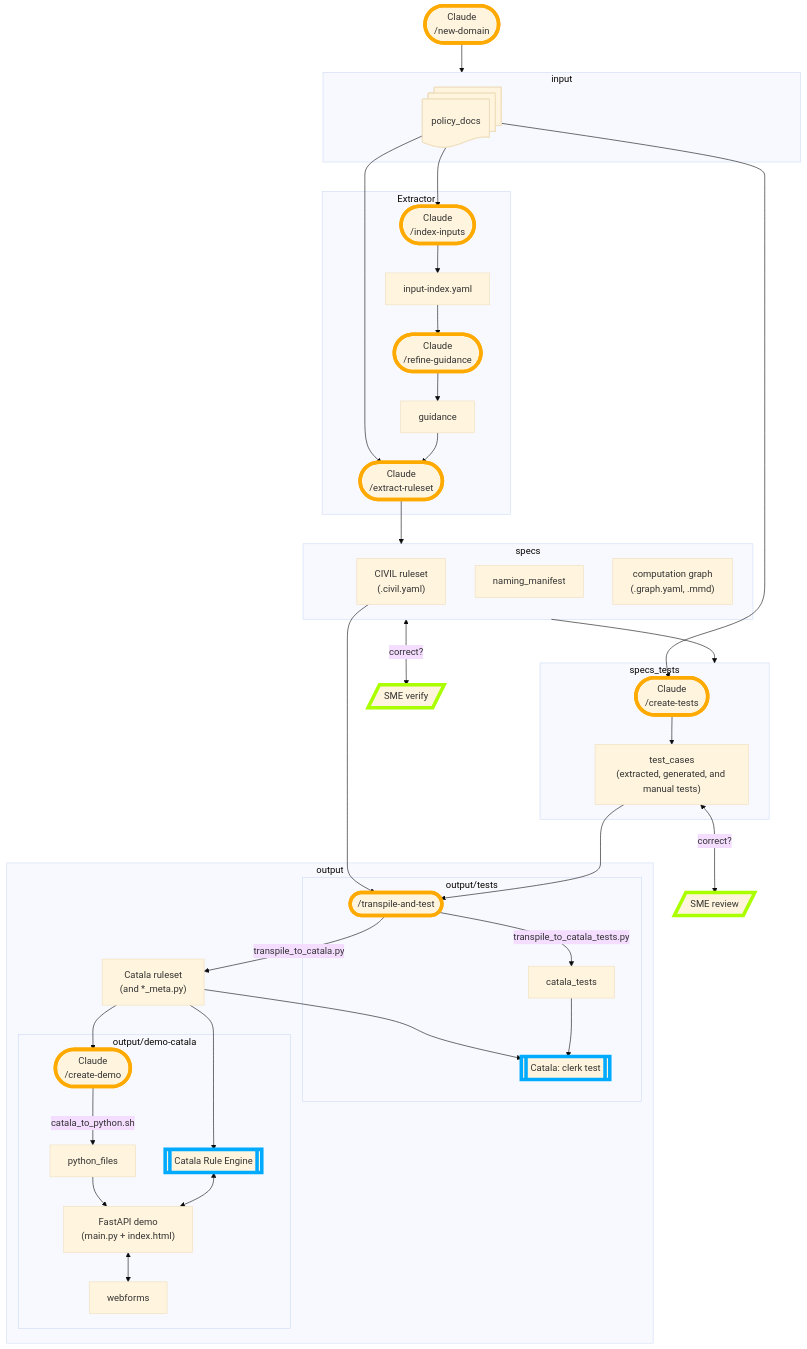
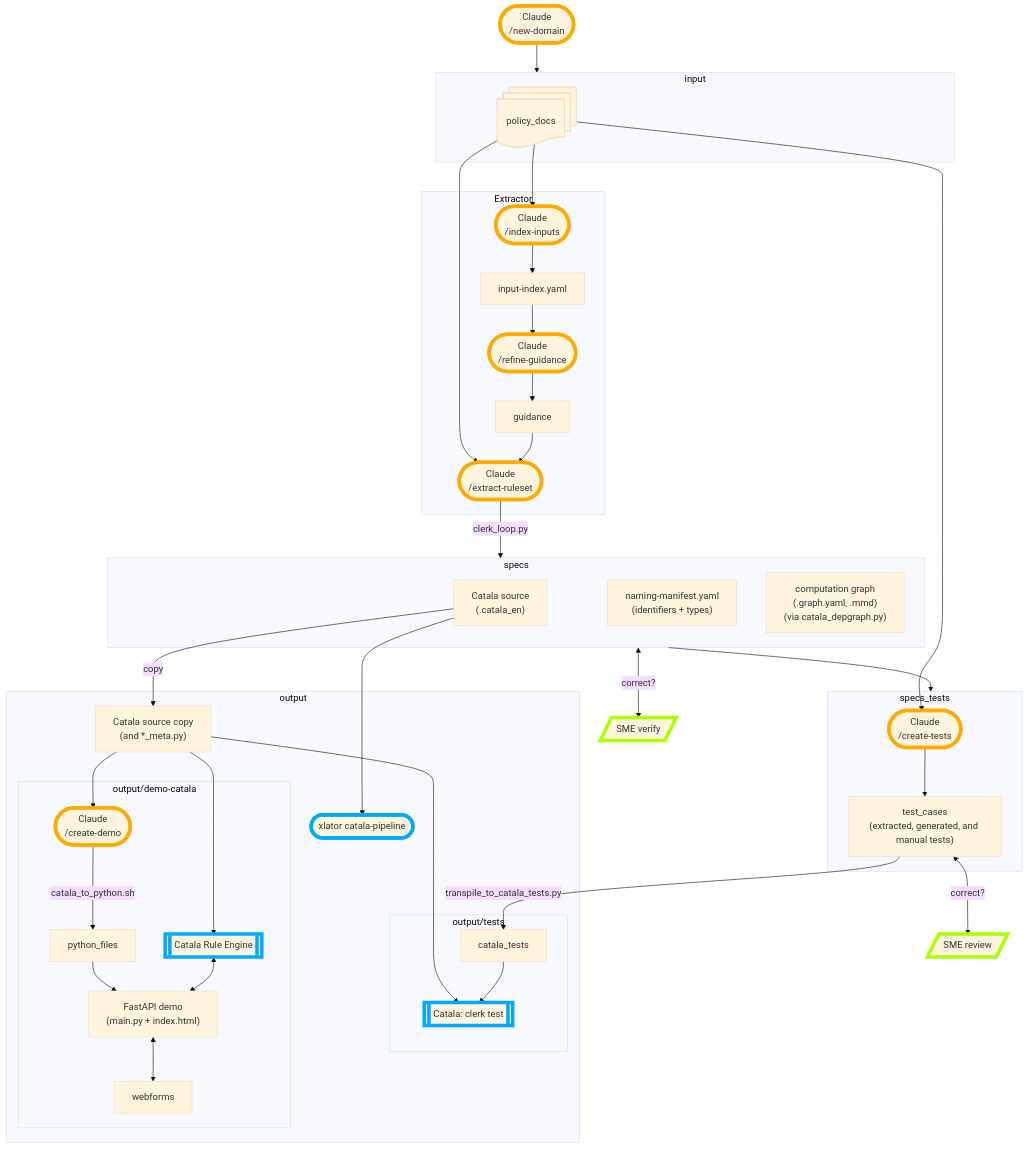
One commit to navapbc/lockpicks-xlator-plugin changed the second of 2 diagrams in README.md. Above: the diagram before and after it, drawn with Mermaid (base theme). The commit also changed other lines of this file and 2 other files, not shown here.

````diff
--- a/README.md
+++ b/README.md
@@ -220,64 +218,64 @@
 ```mermaid
 flowchart TD
 
 claude_domain(["Claude\n/new-domain"]):::claudeShape
 claude_domain --> input
 subgraph input
     policy_docs@{shape: docs}
 end
 
 policy_docs --> claude_index & claude_extract & claude_tests
 subgraph Extractor
     claude_index(["Claude\n/index-inputs"]):::claudeShape
     claude_guidance(["Claude\n/refine-guidance"]):::claudeShape
     claude_extract(["Claude\n/extract-ruleset"]):::claudeShape
     claude_index --> index[input-index.yaml] --> claude_guidance
     claude_guidance --> ai_guidance[guidance]
     ai_guidance --> claude_extract
 end
 
-claude_extract --> specs
+claude_extract --clerk_loop.py--> specs
 
 subgraph specs
-    civil_ruleset["CIVIL ruleset\n(.civil.yaml)"]
-    naming_manifest
-    computation_graph["computation graph\n(.graph.yaml, .mmd)"]
+    catala_source["Catala source\n(.catala_en)"]
+    naming_manifest["naming-manifest.yaml\n(identifiers + types)"]
+    computation_graph["computation graph\n(.graph.yaml, .mmd)\n(via catala_depgraph.py)"]
 end
 specs <--correct?--> sme_verify[/SME verify/]:::smeShape
 
 specs --> specs_tests
 subgraph specs_tests
     claude_tests(["Claude\n/create-tests"]):::claudeShape
     claude_tests --> test_cases["test_cases\n(extracted, generated, and manual tests)"]
 end
 test_cases <--correct?--> sme_review[/SME review/]:::smeShape
 
-civil_ruleset ---> claude_transpile_and_test
+catala_source ---> catala_pipeline
 
 subgraph output["output"]
-    catala_ruleset["Catala ruleset\n(and *_meta.py)"]
-    claude_transpile_and_test(["/transpile-and-test"]):::claudeShape
-    claude_transpile_and_test --transpile_to_catala.py--> catala_ruleset
-    catala_ruleset --> clerk_test
+    catala_copy["Catala source copy\n(and *_meta.py)"]
+    catala_pipeline(["xlator catala-pipeline"]):::toolShape
+    catala_source --copy--> catala_copy
+    catala_copy --> clerk_test
 
     subgraph catala_testing["output/tests"]
-        test_cases --> claude_transpile_and_test --transpile_to_catala_tests.py--> catala_tests
+        test_cases --transpile_to_catala_tests.py--> catala_tests
         catala_tests --> clerk_test[["Catala: clerk test"]]:::toolShape
     end
 
-    catala_ruleset --> catala_engine[["Catala Rule Engine"]]:::toolShape
-    catala_ruleset --> claude_create_demo
+    catala_copy --> catala_engine[["Catala Rule Engine"]]:::toolShape
+    catala_copy --> claude_create_demo
 
     subgraph demo["output/demo-catala"]
         claude_create_demo(["Claude\n/create-demo"]):::claudeShape
         claude_create_demo --catala_to_python.sh--> python_files
         python_files --> demo_app["FastAPI demo\n(main.py + index.html)"]
         catala_engine <--> demo_app <--> webforms
     end
 
 end
 
 classDef claudeShape stroke:#FFAA00,stroke-width:6px;
 classDef smeShape stroke:#AAFF00,stroke-width:6px;
 classDef toolShape stroke:#00AAFF,stroke-width:6px;
 ```
````
